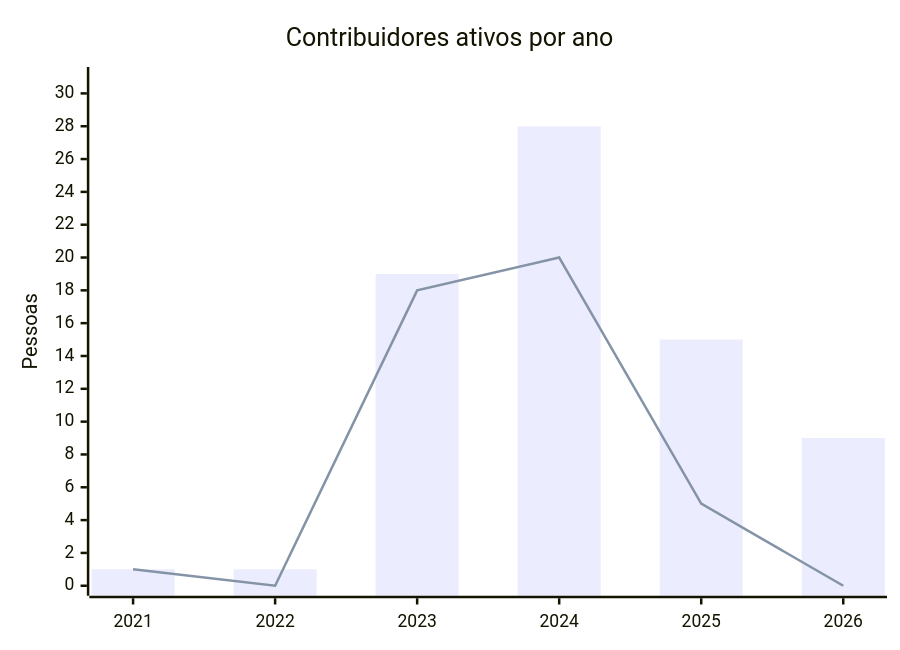
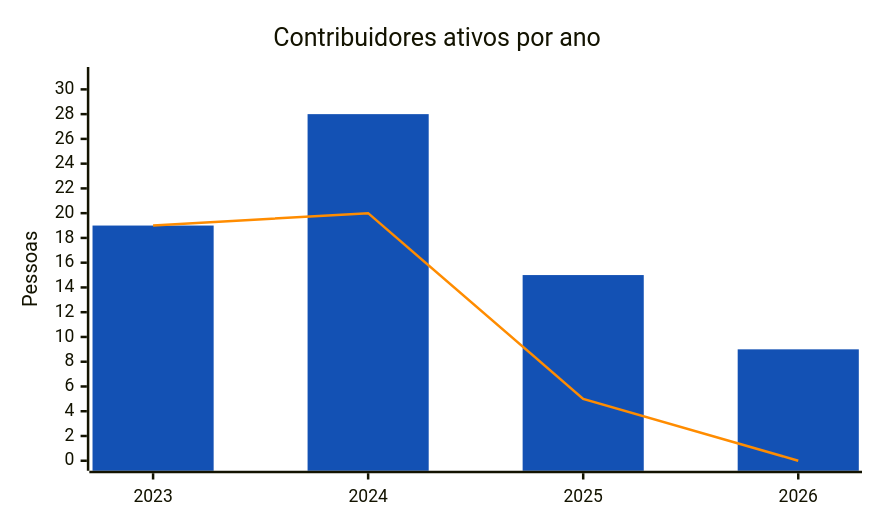
One commit to RochaCarla/doc-bp changed the first of 3 diagrams in docs/estatisticas/contribuicoes.md. Above: the diagram before and after it, drawn with Mermaid. The commit also changed other lines of this file and 44 other files, not shown here.

First line of the commit message:
feat: aba Estudos, e-book em PDF e diagramas legíveis

````diff
--- a/docs/estatisticas/contribuicoes.md
+++ b/docs/estatisticas/contribuicoes.md
@@ -14,8 +14,17 @@
 ```mermaid
+---
+config:
+  xyChart:
+    width: 680
+    height: 400
+  themeVariables:
+    xyChart:
+      plotColorPalette: "#1351b4, #ff8c00"
+---
 xychart-beta
     title "Contribuidores ativos por ano"
-    x-axis ["2021", "2022", "2023", "2024", "2025", "2026"]
+    x-axis ["2023", "2024", "2025", "2026"]
     y-axis "Pessoas" 0 --> 31
-    bar [1, 1, 19, 28, 15, 9]
-    line [1, 0, 18, 20, 5, 0]
+    bar [19, 28, 15, 9]
+    line [19, 20, 5, 0]
 ```
````
